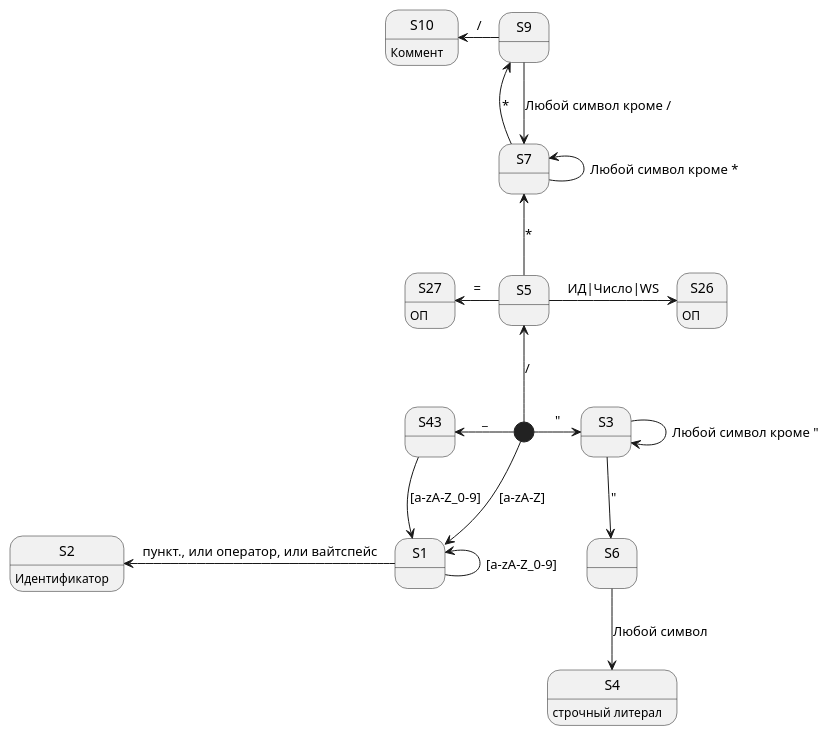
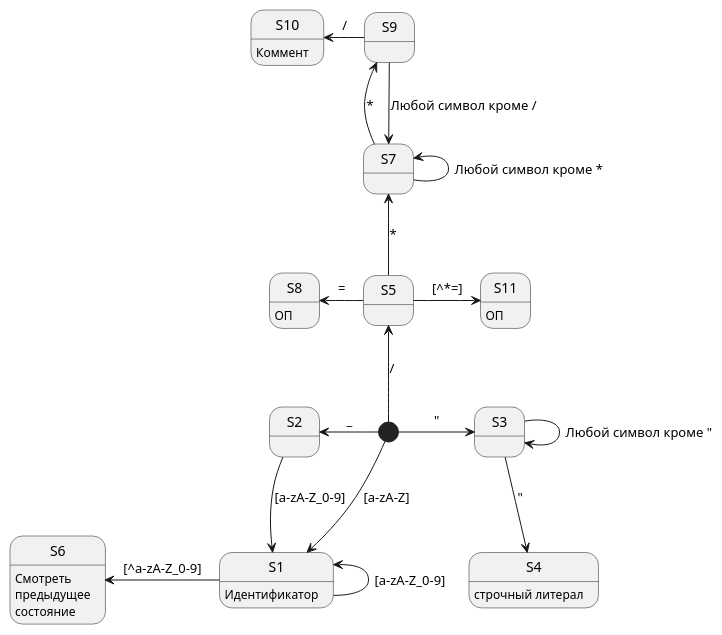
One commit to vladimirlll/CSharpLexicalAnalyzer changed the diagram in Диаграмма состояния для ЛА/sd.puml. Above: the diagram before and after it, drawn with PlantUML. The commit also changed 15 other files, not shown here.

Commit message:
Полное обновление диаграммы состояний - переходов, добавлено единое заключительное состояние для переходов из состояний, которые сами могут являться заключительными состояниями

```diff
--- a/Диаграмма состояния для ЛА/sd.puml
+++ b/Диаграмма состояния для ЛА/sd.puml
@@ -1,31 +1,31 @@
-@startuml "sd"
+@startuml "sd1"
 
 [*] -down-> S1 : [a-zA-Z]
-[*] -left-> S43 : _
-S43 -down-> S1 : [a-zA-Z_0-9]
+[*] -left-> S2 : _
+S2 -down-> S1 : [a-zA-Z_0-9]
 S1 -left-> S1 : [a-zA-Z_0-9]
-S1 -left-> S2 : пункт., или оператор, или вайтспейс
-S2 : Идентификатор
+S1 -left-> S6 : [^a-zA-Z_0-9]
+S1 : Идентификатор
+S6 : Смотреть\nпредыдущее\nсостояние
 
 [*] -right-> S3 : "
 S3 -right-> S3 : Любой символ кроме "
-S3 -down-> S6 : "
-S6 -down-> S4 : Любой символ
+S3 -down-> S4 : "
 S4 : строчный литерал
 
 [*] -up-> S5 : /
 S5 -up-> S7 : *
 
-S5 -right-> S26 : ИД|Число|WS
-S26 : ОП
-S5 -left-> S27 : =
-S27 : ОП
+S5 -right-> S11 : [^*=]
+S11 : ОП
+S5 -left-> S8 : =
+S8 : ОП
 
 S7 -up-> S7 : Любой символ кроме *
 S7 -up-> S9 : *
 S9 -down-> S7 : Любой символ кроме /
 S9 -left-> S10 : /
 S10 : Коммент
 
 
 @enduml
```
